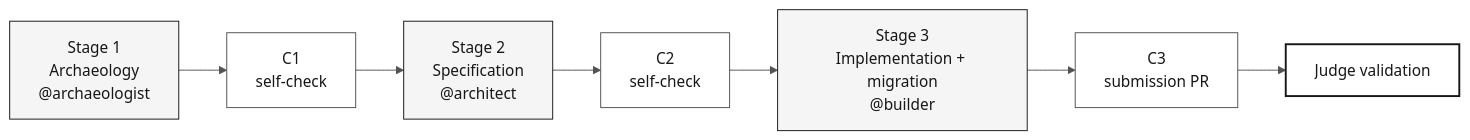
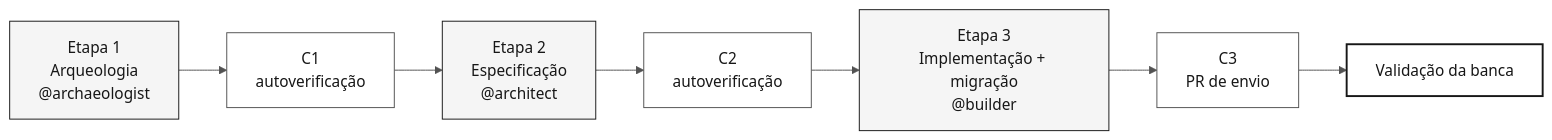
One commit to serpro-workshop-floripa/sifap-workshop-paula-00 changed the diagram in README.md. Above: the diagram before and after it, drawn with Mermaid. The commit also changed other lines of this file and 37 other files, not shown here.

Commit message:
Translate Stage 3 and Stage 4 documentation to Portuguese; update agent experience report and archaeology agent README for clarity and accuracy; adjust stage timings and definitions of done.

````diff
--- a/README.md
+++ b/README.md
@@ -72,17 +72,17 @@
 ```mermaid
 %%{init: {'theme':'neutral','themeVariables':{'fontFamily':'ui-sans-serif, system-ui, sans-serif','primaryColor':'#F5F5F5','primaryTextColor':'#171717','primaryBorderColor':'#171717','lineColor':'#525252','secondaryColor':'#FFFFFF','tertiaryColor':'#FAFAFA','background':'#FFFFFF'}}}%%
 flowchart LR
     classDef step fill:#F5F5F5,stroke:#171717,color:#171717
     classDef check fill:#FFFFFF,stroke:#525252,color:#171717
     classDef result fill:#FFFFFF,stroke:#171717,color:#171717,stroke-width:2px
 
-    E1["Stage 1<br/>Archaeology<br/>@archaeologist"]:::step
-    C1["C1<br/>self-check"]:::check
-    E2["Stage 2<br/>Specification<br/>@architect"]:::step
-    C2["C2<br/>self-check"]:::check
-    E3["Stage 3<br/>Implementation + migration<br/>@builder"]:::step
-    C3["C3<br/>submission PR"]:::check
-    J["Judge validation"]:::result
+    E1["Etapa 1<br/>Arqueologia<br/>@archaeologist"]:::step
+    C1["C1<br/>autoverificação"]:::check
+    E2["Etapa 2<br/>Especificação<br/>@architect"]:::step
+    C2["C2<br/>autoverificação"]:::check
+    E3["Etapa 3<br/>Implementação + migração<br/>@builder"]:::step
+    C3["C3<br/>PR de envio"]:::check
+    J["Validação da banca"]:::result
 
     E1 --> C1 --> E2 --> C2 --> E3 --> C3 --> J
 ```
````
